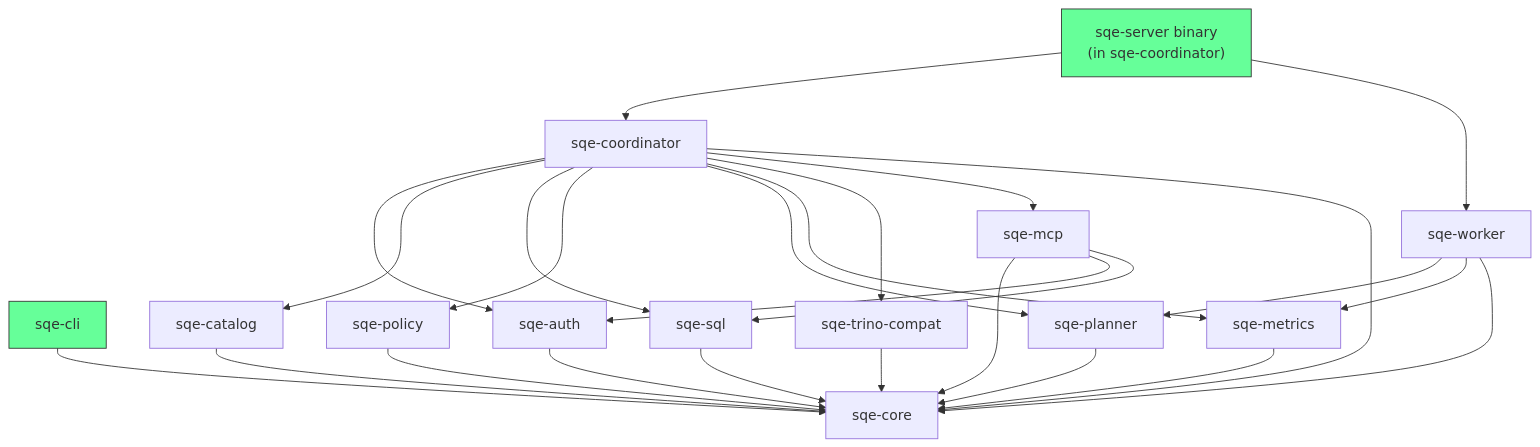
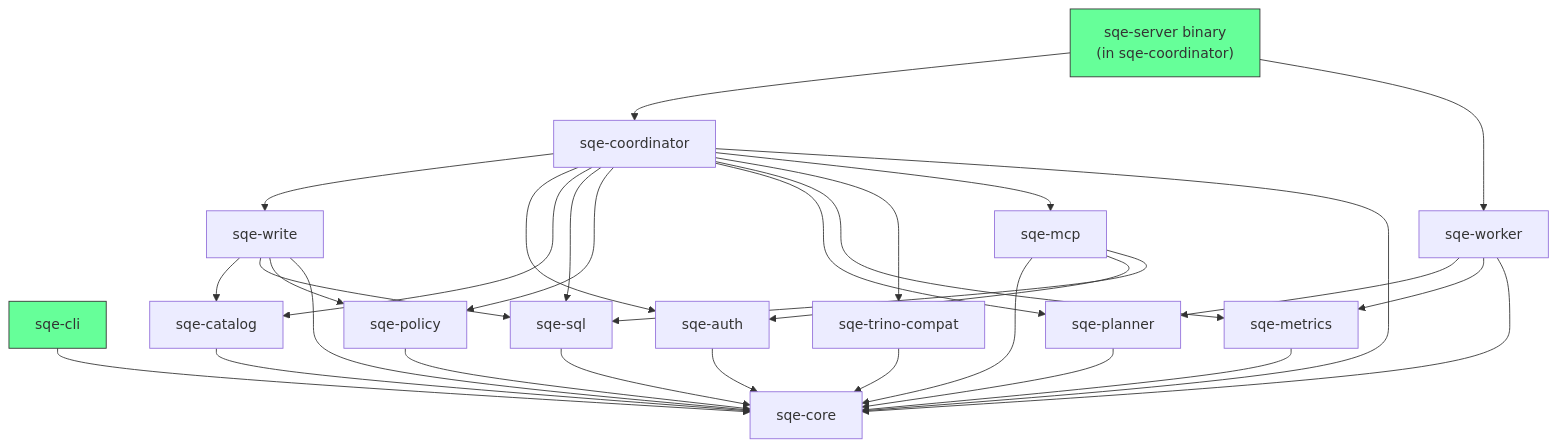
The diagram in docs/site/book/src/development/crates.md (schubergphilis/sqe), drawn with Mermaid before and after one commit. The commit also changed other lines of this file and 9 other files, not shown here.

First line of the commit message:
refactor(write): wire crates/sqe-write into the workspace and the coordinator

````diff
--- a/docs/site/book/src/development/crates.md
+++ b/docs/site/book/src/development/crates.md
@@ -7,38 +7,44 @@
 ```mermaid
 graph TB
     SERVER["sqe-server binary<br/>(in sqe-coordinator)"]
     CLI["sqe-cli"]
 
     SERVER --> COORD["sqe-coordinator"]
     SERVER --> WORKER["sqe-worker"]
 
+    COORD --> WRITE["sqe-write"]
     COORD --> AUTH["sqe-auth"]
     COORD --> CAT["sqe-catalog"]
     COORD --> SQL["sqe-sql"]
     COORD --> POLICY["sqe-policy"]
     COORD --> PLANNER["sqe-planner"]
     COORD --> METRICS["sqe-metrics"]
     COORD --> TRINO["sqe-trino-compat"]
     COORD --> MCP["sqe-mcp"]
     COORD --> CORE["sqe-core"]
 
     WORKER --> PLANNER
     WORKER --> METRICS
     WORKER --> CORE
+
+    WRITE --> CAT
+    WRITE --> SQL
+    WRITE --> POLICY
+    WRITE --> CORE
 
     AUTH --> CORE
     CAT --> CORE
     SQL --> CORE
     POLICY --> CORE
     PLANNER --> CORE
     METRICS --> CORE
     TRINO --> CORE
     MCP --> CORE
     MCP --> AUTH
     MCP --> SQL
 
     CLI --> CORE
 
     style SERVER fill:#6f9,stroke:#333
     style CLI fill:#6f9,stroke:#333
 ```
````
